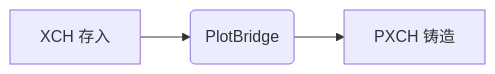
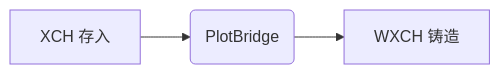
One commit to plot-network/plotbridge-website changed the second of 4 diagrams in content/tokens.zh-cn.md. Above: the diagram before and after it, drawn with Mermaid. The commit also changed other lines of this file and 25 other files, not shown here.

```diff
--- a/content/tokens.zh-cn.md
+++ b/content/tokens.zh-cn.md
@@ -26,4 +26,4 @@
 {{< mermaid >}}
 graph LR;
-XD[XCH 存入] --> PB(PlotBridge) --> PM[PXCH 铸造]
+XD[XCH 存入] --> PB(PlotBridge) --> PM[WXCH 铸造]
 {{</mermaid>}}
```
